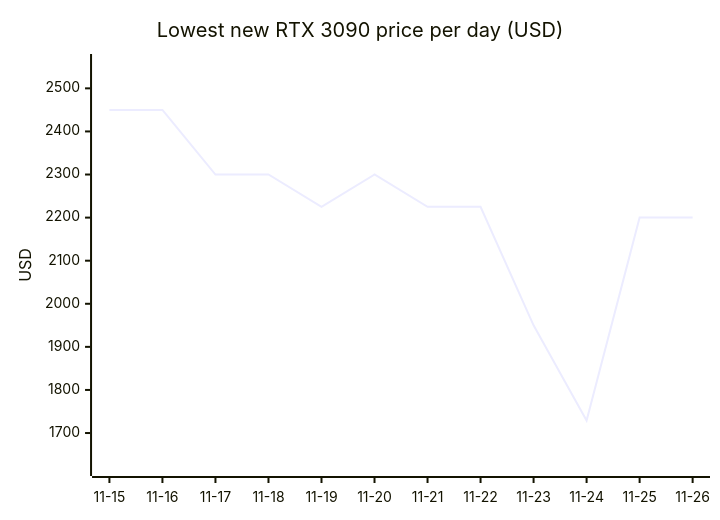
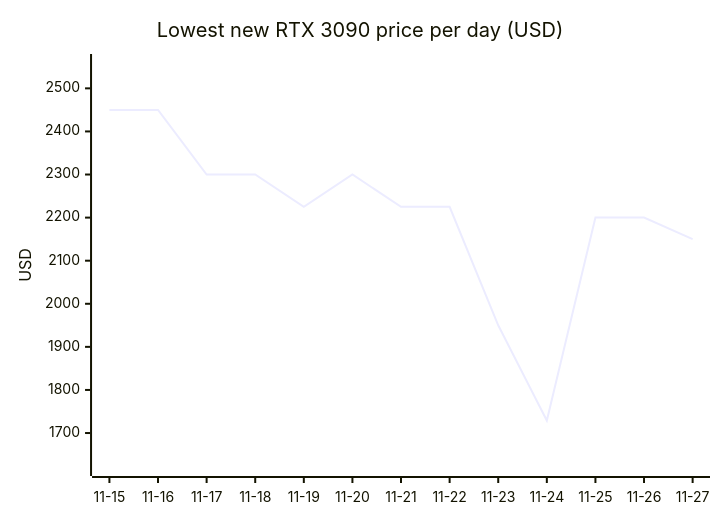
Before and after one commit to 7324136828/4tb_ssd_price_watch: the ninth of 18 diagrams in README.md, drawn with Mermaid. The commit also changed other lines of this file, not shown here.

````diff
--- a/README.md
+++ b/README.md
@@ -1006,7 +1034,7 @@
 ```mermaid
 xychart-beta
     title "Lowest new RTX 3090 price per day (USD)"
-    x-axis ["11-15", "11-16", "11-17", "11-18", "11-19", "11-20", "11-21", "11-22", "11-23", "11-24", "11-25", "11-26"]
+    x-axis ["11-15", "11-16", "11-17", "11-18", "11-19", "11-20", "11-21", "11-22", "11-23", "11-24", "11-25", "11-26", "11-27"]
     y-axis "USD" 1620 --> 2560
-    line [2450.00, 2450.00, 2300.00, 2300.00, 2225.00, 2300.00, 2225.00, 2225.00, 1950.00, 1729.00, 2200.00, 2200.00]
+    line [2450.00, 2450.00, 2300.00, 2300.00, 2225.00, 2300.00, 2225.00, 2225.00, 1950.00, 1729.00, 2200.00, 2200.00, 2150.00]
 ```
````
